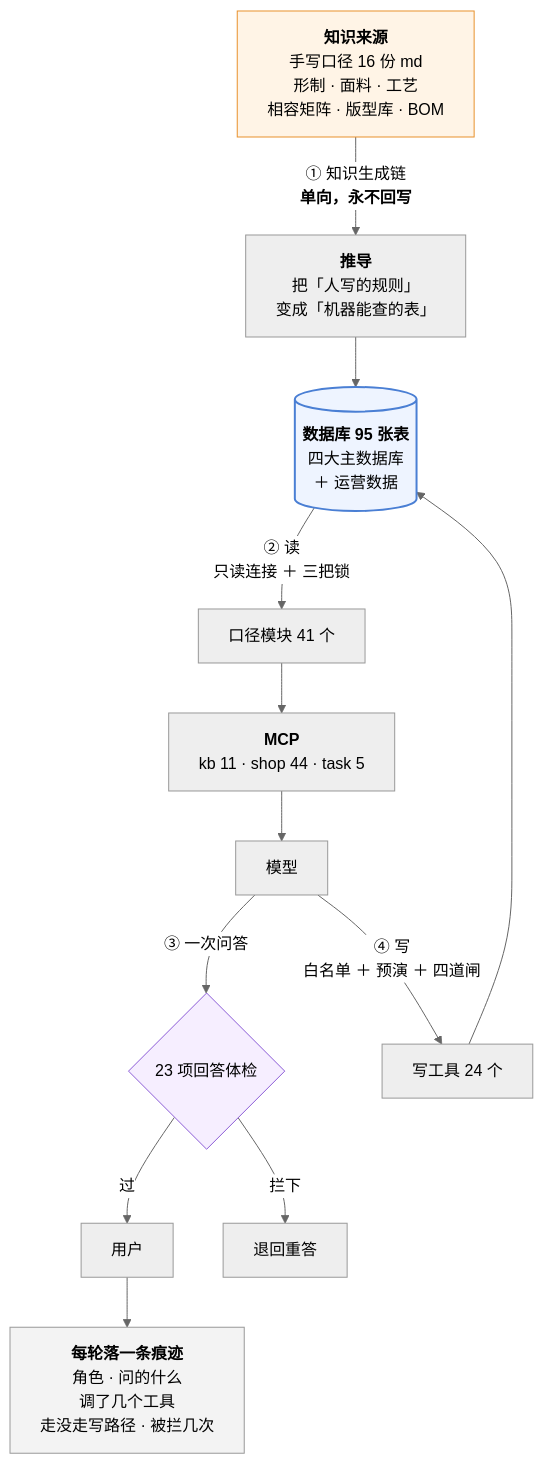
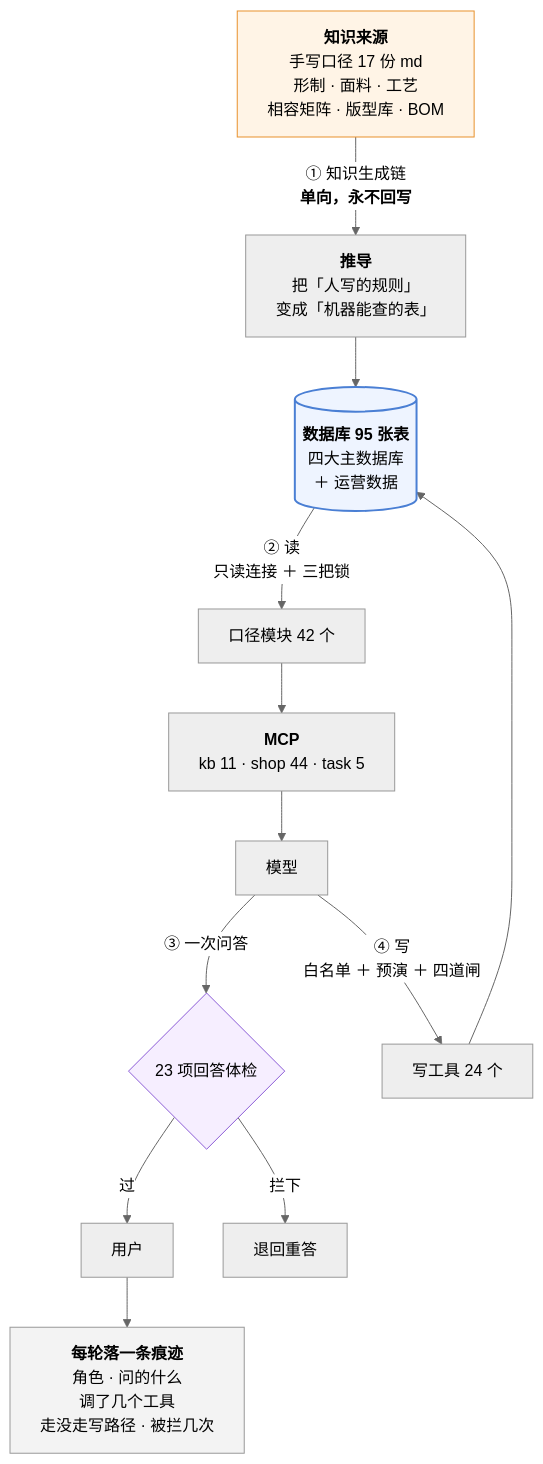
The third of 3 diagrams in 澜绣云裳agent-产品说明.md (843773296-rgb/lanxiu-yunshang-agent), drawn with Mermaid (neutral theme) before and after one commit. The commit also changed other lines of this file and 15 other files, not shown here.

````diff
--- a/澜绣云裳agent-产品说明.md
+++ b/澜绣云裳agent-产品说明.md
@@ -867,24 +867,24 @@
 ```mermaid
 flowchart TD
-    MD["<b>知识来源</b><br/>手写口径 16 份 md<br/>形制 · 面料 · 工艺<br/>相容矩阵 · 版型库 · BOM"]
+    MD["<b>知识来源</b><br/>手写口径 17 份 md<br/>形制 · 面料 · 工艺<br/>相容矩阵 · 版型库 · BOM"]
     MD -->|"① 知识生成链<br/><b>单向，永不回写</b>"| DV["<b>推导</b><br/>把「人写的规则」<br/>变成「机器能查的表」"]
     DV --> DB[("<b>数据库 95 张表</b><br/>四大主数据库<br/>＋ 运营数据")]
 
-    DB -->|"② 读<br/>只读连接 ＋ 三把锁"| KJ["口径模块 41 个"]
+    DB -->|"② 读<br/>只读连接 ＋ 三把锁"| KJ["口径模块 42 个"]
     KJ --> MCP["<b>MCP</b><br/>kb 11 · shop 44 · task 5"]
     MCP --> LLM["模型"]
 
     LLM -->|"③ 一次问答"| GD{"23 项回答体检"}
     GD -- 过 --> U["用户"]
     GD -- 拦下 --> RE["退回重答"]
 
     LLM -->|"④ 写<br/>白名单 ＋ 预演 ＋ 四道闸"| W["写工具 24 个"]
     W --> DB
 
     U --> TR["<b>每轮落一条痕迹</b><br/>角色 · 问的什么<br/>调了几个工具<br/>走没走写路径 · 被拦几次"]
 
     style MD fill:#fff4e6,stroke:#e8912d
     style DB fill:#eef4ff,stroke:#4a7fd4,stroke-width:2px
     style GD fill:#f6eeff,stroke:#8b5cd6
     style TR fill:#f3f3f3,stroke:#999
 ```
````
